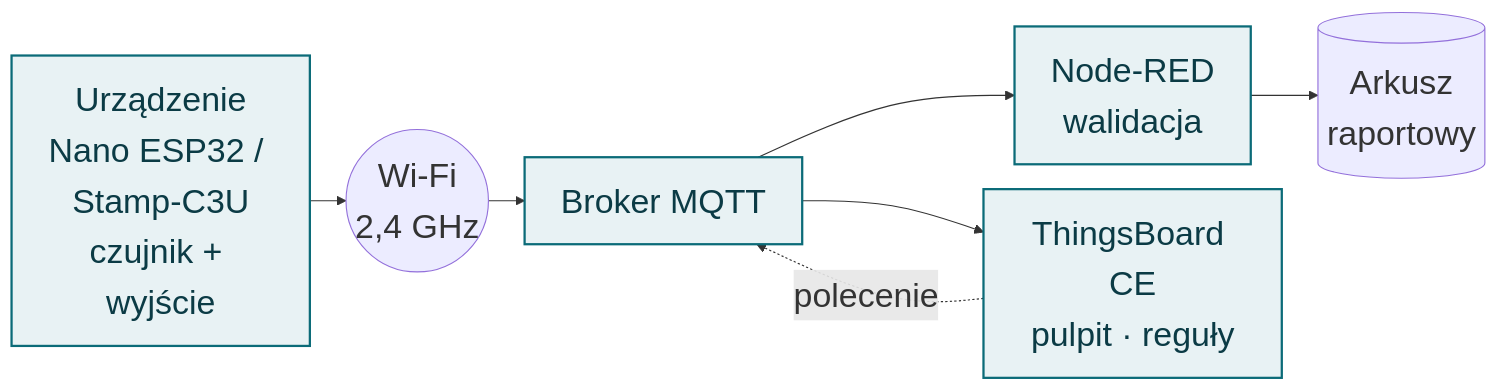
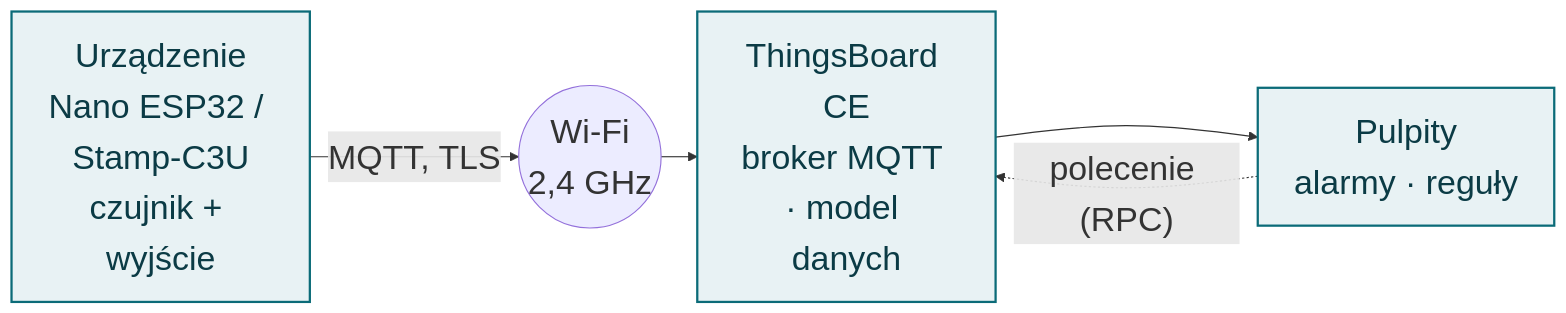
The second of 2 diagrams in slides/01-architektura-i-wymagania.qmd (moondec/iot_lectures), drawn with Mermaid before and after one commit. The commit also changed other lines of this file and 24 other files, not shown here.

First line of the commit message:
Drop the Node-RED/Sheets module and renumber decks 06-07 to 05-06

````diff
--- a/slides/01-architektura-i-wymagania.qmd
+++ b/slides/01-architektura-i-wymagania.qmd
@@ -343,18 +342,14 @@
 ```{mermaid}
 %%| fig-width: 12
-%%| fig-height: 3.0
+%%| fig-height: 2.3
 %%{init: {"themeVariables": {"fontSize": "30px", "fontFamily": "Arial, Liberation Sans, Helvetica, sans-serif"}, "flowchart": {"nodeSpacing": 22, "rankSpacing": 32, "padding": 16, "diagramPadding": 4}}}%%
 flowchart LR
     D["Urządzenie<br>Nano ESP32 / Stamp-C3U<br>czujnik + wyjście"]
     W(("Wi-Fi<br>2,4 GHz"))
-    M["Broker MQTT"]
-    N["Node-RED<br>walidacja"]
-    G[("Arkusz<br>raportowy")]
-    T["ThingsBoard CE<br>pulpit · reguły"]
-    D --> W --> M
-    M --> N --> G
-    M --> T
-    T -. "polecenie" .-> M
+    T["ThingsBoard CE<br>broker MQTT · model danych"]
+    P["Pulpity<br>alarmy · reguły"]
+    D -- "MQTT, TLS" --> W --> T --> P
+    P -. "polecenie (RPC)" .-> T
     classDef k fill:#e8f2f4,stroke:#0b6b78,stroke-width:2px,color:#0b3b45
-    class D,M,N,T k
+    class D,T,P k
 ```
````
